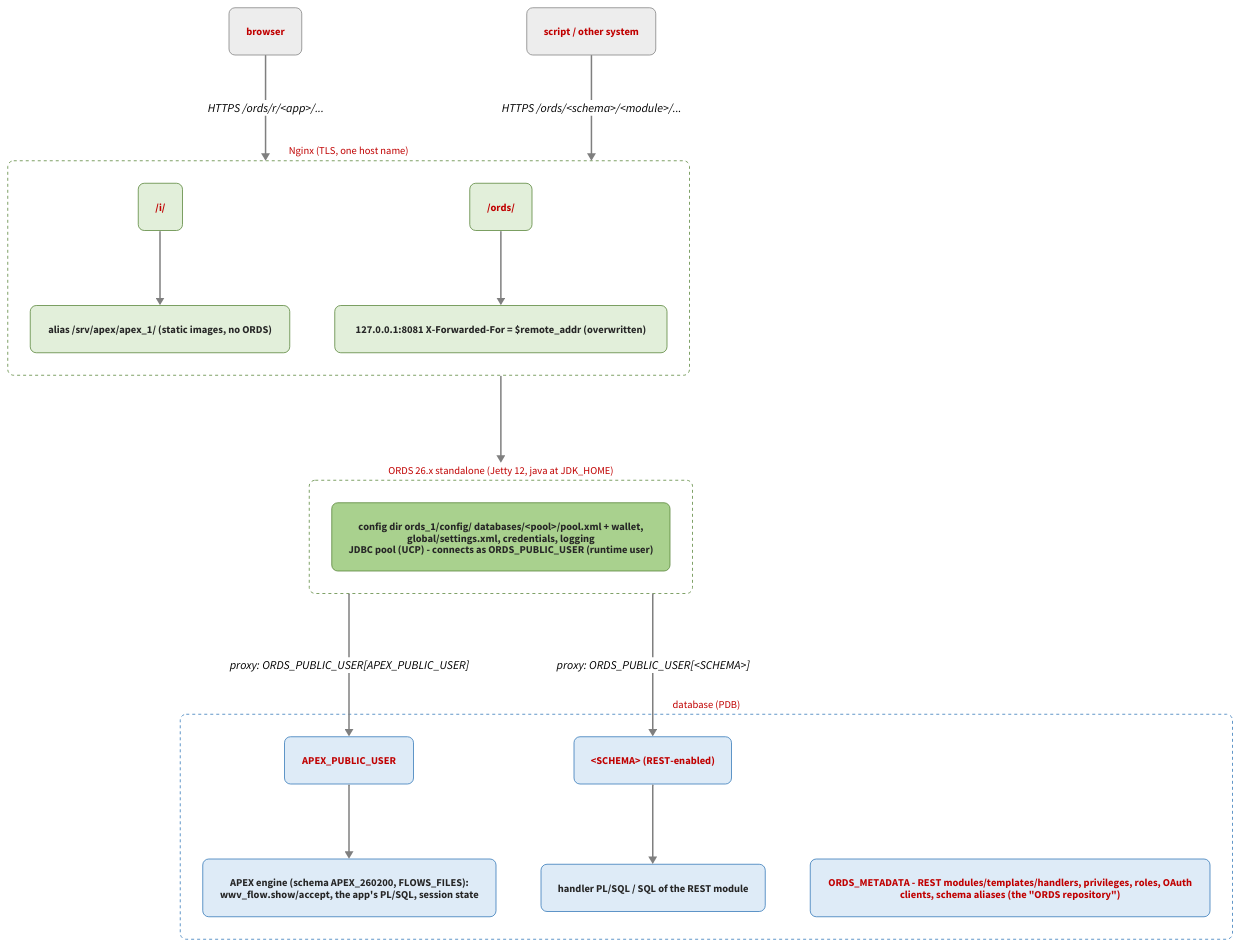
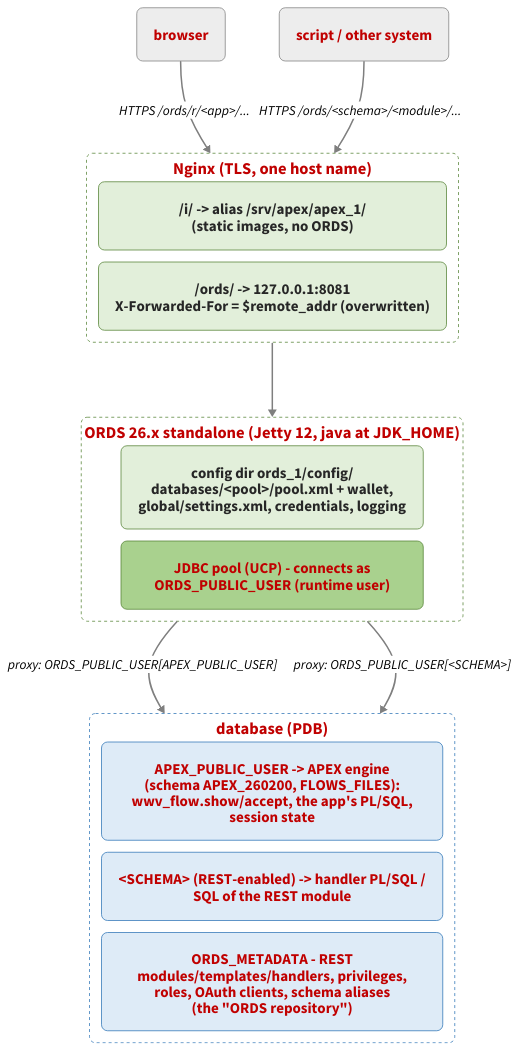
The diagram in 80-FMW-Architecture/diagrams/apex-parts.d2 (gpipperr/IHateWeblogic), drawn with D2 before and after one commit. The commit also changed 3 other files, not shown here.

Commit message:
apex_architecture.md diagram: larger fonts (20 / 22 / 18) and a narrow layout (single-column containers, wrapped labels, edges to containers) - 863 px wide instead of 1547, readable in the GitHub column.

```diff
--- a/80-FMW-Architecture/diagrams/apex-parts.d2
+++ b/80-FMW-Architecture/diagrams/apex-parts.d2
@@ -1,198 +1,120 @@
-browser: "browser" {
-  class: ext
-}
-
-script: "script / other system" {
-  class: ext
-}
+direction: down
 
 classes: {
   ext: {
     style: {
       fill: "#EDEDED"
       stroke: "#7F7F7F"
       border-radius: 8
       stroke-width: 1
       shadow: false
       3d: false
-      font-size: 14
+      font-size: 20
       font-color: "#C00000"
     }
   }
-  mw: {
-    style: {
-      fill: "#E2EFDA"
-      stroke: "#548235"
-      border-radius: 8
-      stroke-width: 1
-      shadow: false
-      3d: false
-      font-size: 14
-      font-color: "#C00000"
-    }
-  }
-  mw_text: {
-    style: {
-      fill: "#E2EFDA"
-      stroke: "#548235"
-      border-radius: 8
-      stroke-width: 1
-      shadow: false
-      3d: false
-      font-size: 14
-      font-color: "#262626"
-    }
-  }
-  mw_main_text: {
-    style: {
-      fill: "#A9D18E"
-      stroke: "#548235"
-      border-radius: 8
-      stroke-width: 1
-      shadow: false
-      3d: false
-      font-size: 14
-      font-color: "#262626"
-    }
-  }
   mw_zone: {
+    grid-columns: 1
+    grid-gap: 16
     style: {
       fill: "#FFFFFF"
       stroke: "#548235"
       stroke-dash: 4
       border-radius: 8
       stroke-width: 1
       shadow: false
       3d: false
-      font-size: 14
+      font-size: 22
+      bold: true
       font-color: "#C00000"
     }
   }
-  db: {
+  mw_part: {
     style: {
-      fill: "#DEEBF7"
-      stroke: "#2E75B6"
+      fill: "#E2EFDA"
+      stroke: "#548235"
       border-radius: 8
       stroke-width: 1
       shadow: false
       3d: false
-      font-size: 14
-      font-color: "#C00000"
+      font-size: 20
+      font-color: "#262626"
     }
   }
-  db_text: {
+  mw_main: {
     style: {
-      fill: "#DEEBF7"
-      stroke: "#2E75B6"
+      fill: "#A9D18E"
+      stroke: "#548235"
       border-radius: 8
       stroke-width: 1
       shadow: false
       3d: false
-      font-size: 14
-      font-color: "#262626"
+      font-size: 20
+      font-color: "#C00000"
     }
   }
   db_zone: {
+    grid-columns: 1
+    grid-gap: 16
     style: {
       fill: "#FFFFFF"
       stroke: "#2E75B6"
       stroke-dash: 4
       border-radius: 8
       stroke-width: 1
       shadow: false
       3d: false
-      font-size: 14
+      font-size: 22
+      bold: true
+      font-color: "#C00000"
+    }
+  }
+  db_part: {
+    style: {
+      fill: "#DEEBF7"
+      stroke: "#2E75B6"
+      border-radius: 8
+      stroke-width: 1
+      shadow: false
+      3d: false
+      font-size: 20
       font-color: "#C00000"
     }
   }
   conn: {
     style: {
       stroke: "#7F7F7F"
       stroke-width: 2
       font-color: "#000000"
+      font-size: 18
     }
   }
 }
 
-direction: down
+browser: "browser" {class: ext}
+script: "script / other system" {class: ext}
 
 nginx: "Nginx (TLS, one host name)" {
   class: mw_zone
-  direction: right
-
-  i_path: "/i/" {
-    class: mw
-  }
-  alias: "alias /srv/apex/apex_1/  (static images, no ORDS)" {
-    class: mw_text
-  }
-  ords_path: "/ords/" {
-    class: mw
-  }
-  upstream: '127.0.0.1:8081     X-Forwarded-For = $remote_addr (overwritten)' {
-    class: mw_text
-  }
-
-  i_path -> alias: {
-    class: conn
-  }
-  ords_path -> upstream: {
-    class: conn
-  }
+  images: "/i/  -> alias /srv/apex/apex_1/\n(static images, no ORDS)" {class: mw_part}
+  ords_route: "/ords/ -> 127.0.0.1:8081\nX-Forwarded-For = \$remote_addr (overwritten)" {class: mw_part}
 }
 
 ords: "ORDS 26.x standalone (Jetty 12, java at JDK_HOME)" {
   class: mw_zone
-
-  details: "config dir  ords_1/config/   databases/<pool>/pool.xml + wallet,\nglobal/settings.xml, credentials, logging\nJDBC pool (UCP) - connects as ORDS_PUBLIC_USER (runtime user)" {
-    class: mw_main_text
-  }
+  config: "config dir  ords_1/config/\ndatabases/<pool>/pool.xml + wallet,\nglobal/settings.xml, credentials, logging" {class: mw_part}
+  pool: "JDBC pool (UCP) - connects as\nORDS_PUBLIC_USER (runtime user)" {class: mw_main}
 }
 
 db: "database (PDB)" {
   class: db_zone
-  direction: right
-
-  apex_public_user: "APEX_PUBLIC_USER" {
-    class: db
-  }
-  apex_engine: "APEX engine (schema APEX_260200, FLOWS_FILES):\nwwv_flow.show/accept, the app's PL/SQL, session state" {
-    class: db_text
-  }
-  schema: "<SCHEMA> (REST-enabled)" {
-    class: db
-  }
-  handler: "handler PL/SQL / SQL of the REST module" {
-    class: db_text
-  }
-  ords_metadata: "ORDS_METADATA  - REST modules/templates/handlers, privileges, roles, OAuth\nclients, schema aliases (the \"ORDS repository\")" {
-    class: db
-  }
-
-  apex_public_user -> apex_engine: {
-    class: conn
-  }
-  schema -> handler: {
-    class: conn
-  }
+  apex_public: "APEX_PUBLIC_USER -> APEX engine\n(schema APEX_260200, FLOWS_FILES):\nwwv_flow.show/accept, the app's PL/SQL,\nsession state" {class: db_part}
+  rest_schema: "<SCHEMA> (REST-enabled) -> handler PL/SQL /\nSQL of the REST module" {class: db_part}
+  ords_metadata: "ORDS_METADATA  - REST\nmodules/templates/handlers, privileges,\nroles, OAuth clients, schema aliases\n(the \"ORDS repository\")" {class: db_part}
 }
 
-browser -> nginx: "HTTPS  /ords/r/<app>/..." {
-  class: conn
-}
-
-script -> nginx: "HTTPS  /ords/<schema>/<module>/..." {
-  class: conn
-}
-
-nginx -> ords: {
-  class: conn
-}
-
-ords -> db.apex_public_user: "proxy: ORDS_PUBLIC_USER[APEX_PUBLIC_USER]" {
-  class: conn
-}
-
-ords -> db.schema: "proxy: ORDS_PUBLIC_USER[<SCHEMA>]" {
-  class: conn
-}
+browser -> nginx: "HTTPS  /ords/r/<app>/..." {class: conn}
+script -> nginx: "HTTPS  /ords/<schema>/<module>/..." {class: conn}
+nginx -> ords: "" {class: conn}
+ords -> db: "proxy: ORDS_PUBLIC_USER[APEX_PUBLIC_USER]" {class: conn}
+ords -> db: "proxy: ORDS_PUBLIC_USER[<SCHEMA>]" {class: conn}
```
